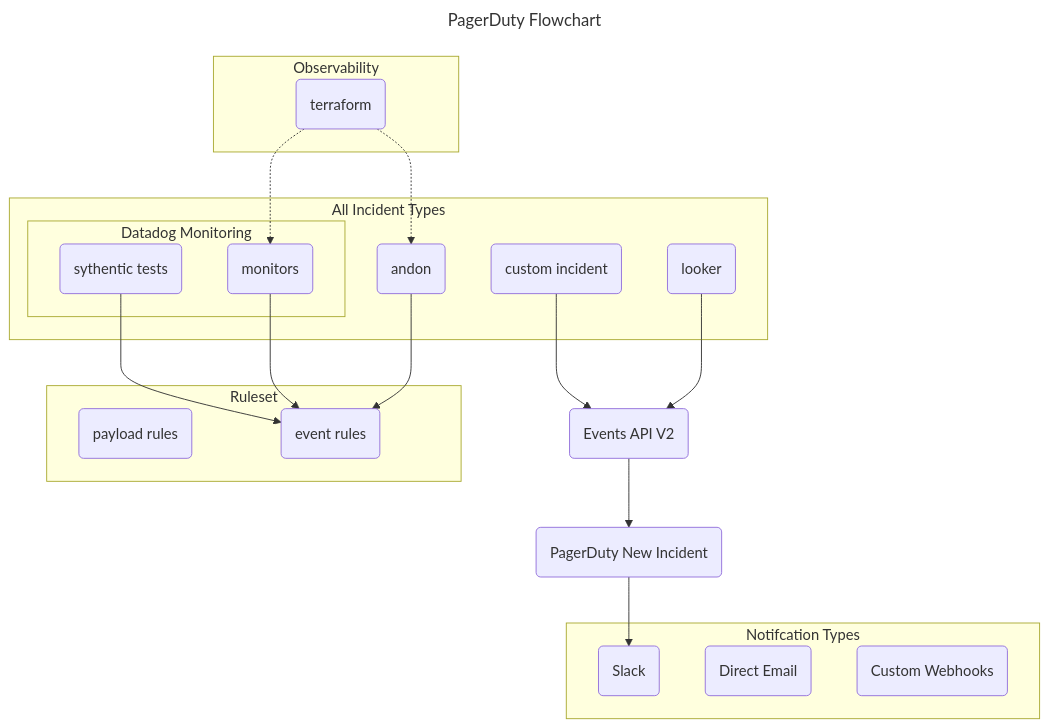
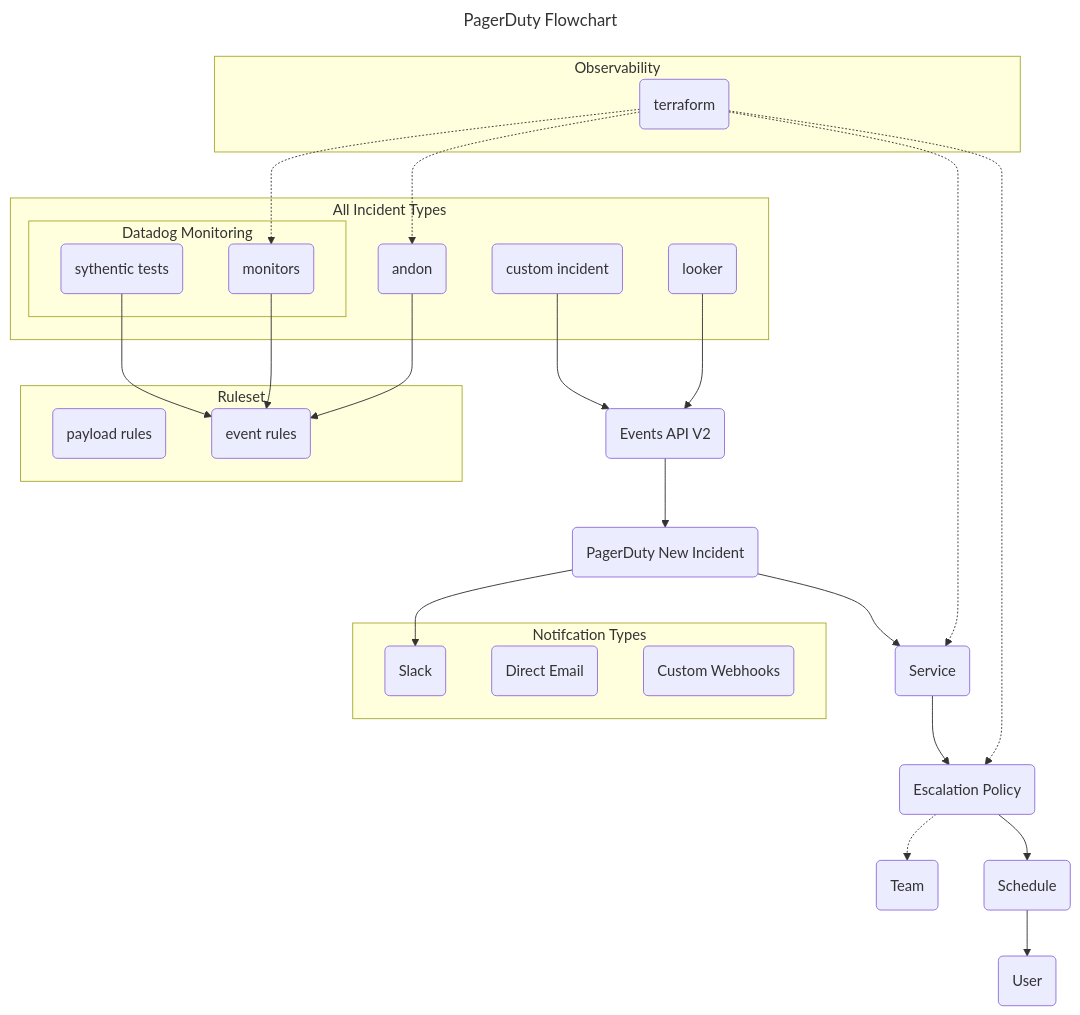
One commit to jessicahirsch/Mermaid-Diagrams changed the diagram in diagrams/diagram2.mmd. Above: the diagram before and after it, drawn with Mermaid.

Commit message:
feat: complete all remaining entities. Create relationships between terraform and PagerDuty entities

```diff
--- a/diagrams/diagram2.mmd
+++ b/diagrams/diagram2.mmd
@@ -1,40 +1,47 @@
 ---
 title: PagerDuty Flowchart
 ---
 flowchart TD
 
 subgraph Observability
     A(terraform)
 end
 
 subgraph All Incident Types
     subgraph Datadog Monitoring
         B(sythentic tests)
         A(terraform)-.->C(monitors)
     end
     D(andon)
     A(terraform)-.->D(andon)
     E(custom incident)
     F(looker)
 end
 
 E(custom incident)-->G(Events API V2)
 F(looker)-->G(Events API 2)
 
 G(Events API V2)-->H(PagerDuty New Incident)-->M(Slack)
+H(PagerDuty New Incident)-->N(Service)
+N(Service)-->O(Escalation Policy)
+O(Escalation Policy)-.->P(Team)
+O(Escalation Policy)-->Q(Schedule)
+Q(Schedule)-->R(User)
+A(terraform)-.->N(Service)
+A(terraform)-.->O(Escalation Policy)
 
 subgraph Ruleset
     I(payload rules)
     B(sythentic tests)-->J(event rules)
     C(monitors)-->J(event rules)
     D(andon)-->J(event rules)
 end
 
 subgraph Notifcation Types
     K(Direct Email)
     L(Custom Webhooks)
     M(Slack)
 end
 
 %% style A fill:#f9f,stroke:#333,stroke-width:4px
 %% style Observability font-weight:bold
```
